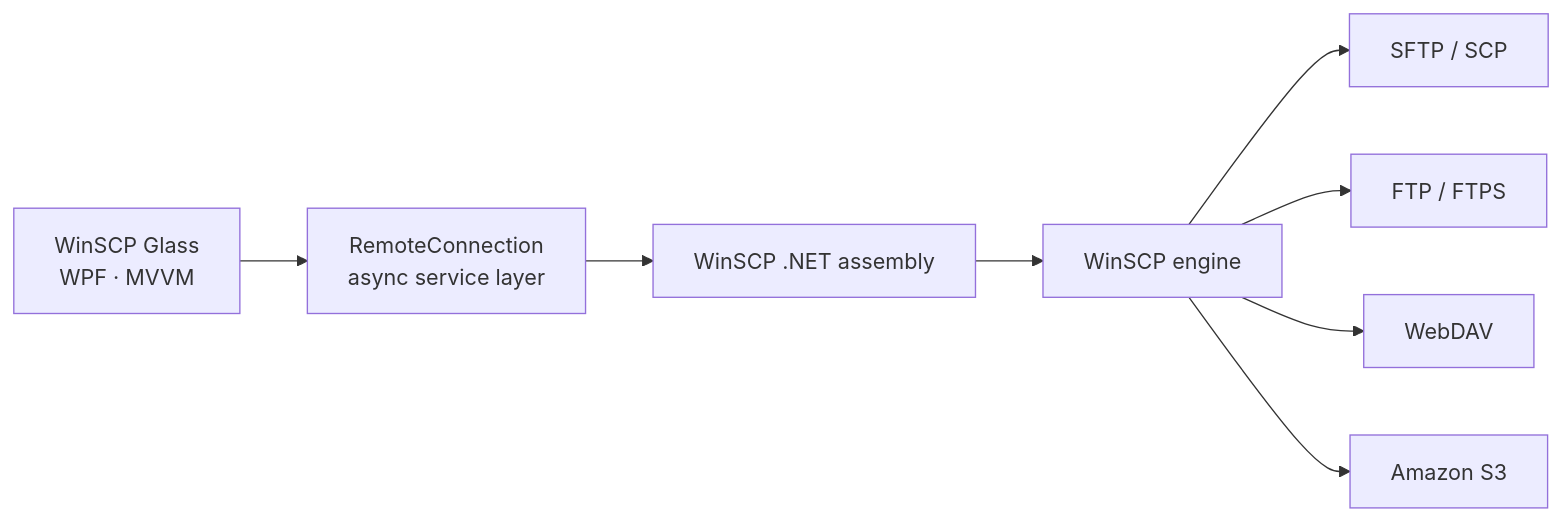
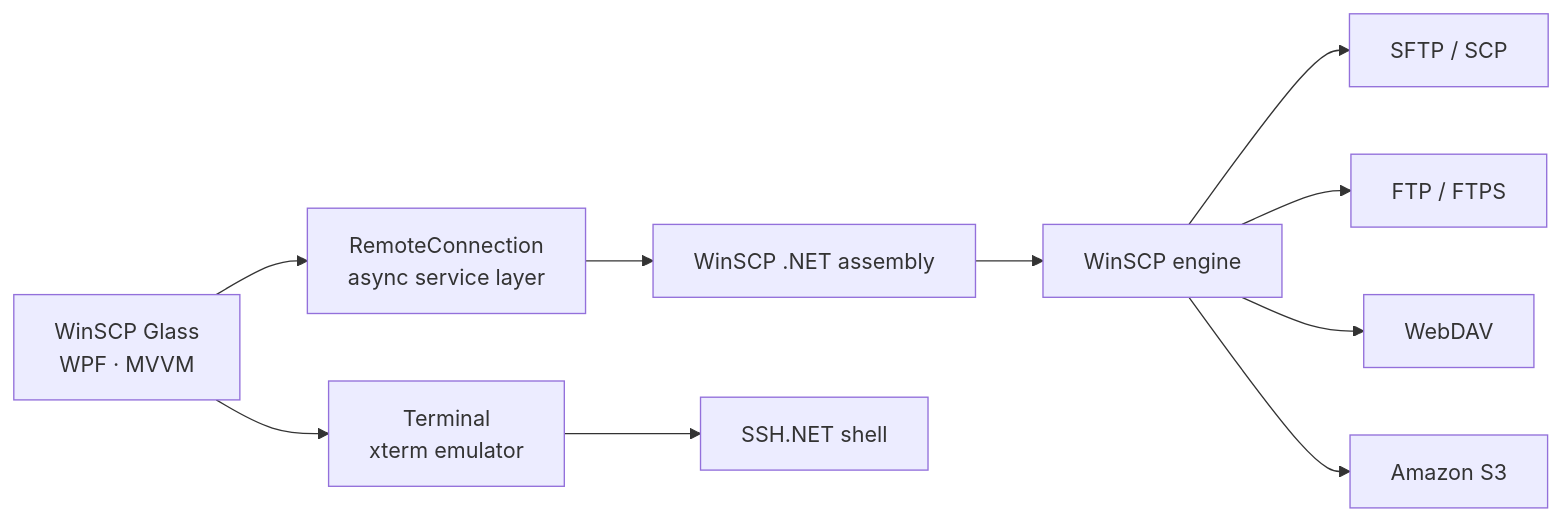
Before and after one commit to byadnesh/WinSCP-Glass: the diagram in README.md, drawn with Mermaid. The commit also changed other lines of this file and 15 other files, not shown here.

````diff
--- a/README.md
+++ b/README.md
@@ -186,10 +203,12 @@
 ```mermaid
 flowchart LR
     UI["WinSCP Glass<br/>WPF · MVVM"] --> SVC["RemoteConnection<br/>async service layer"]
     SVC --> NET["WinSCP .NET assembly"]
     NET --> ENG["WinSCP engine"]
     ENG --> A["SFTP / SCP"]
     ENG --> B["FTP / FTPS"]
     ENG --> C["WebDAV"]
     ENG --> D["Amazon S3"]
+    UI --> TERM["Terminal<br/>xterm emulator"]
+    TERM --> SSH["SSH.NET shell"]
 ```
````
